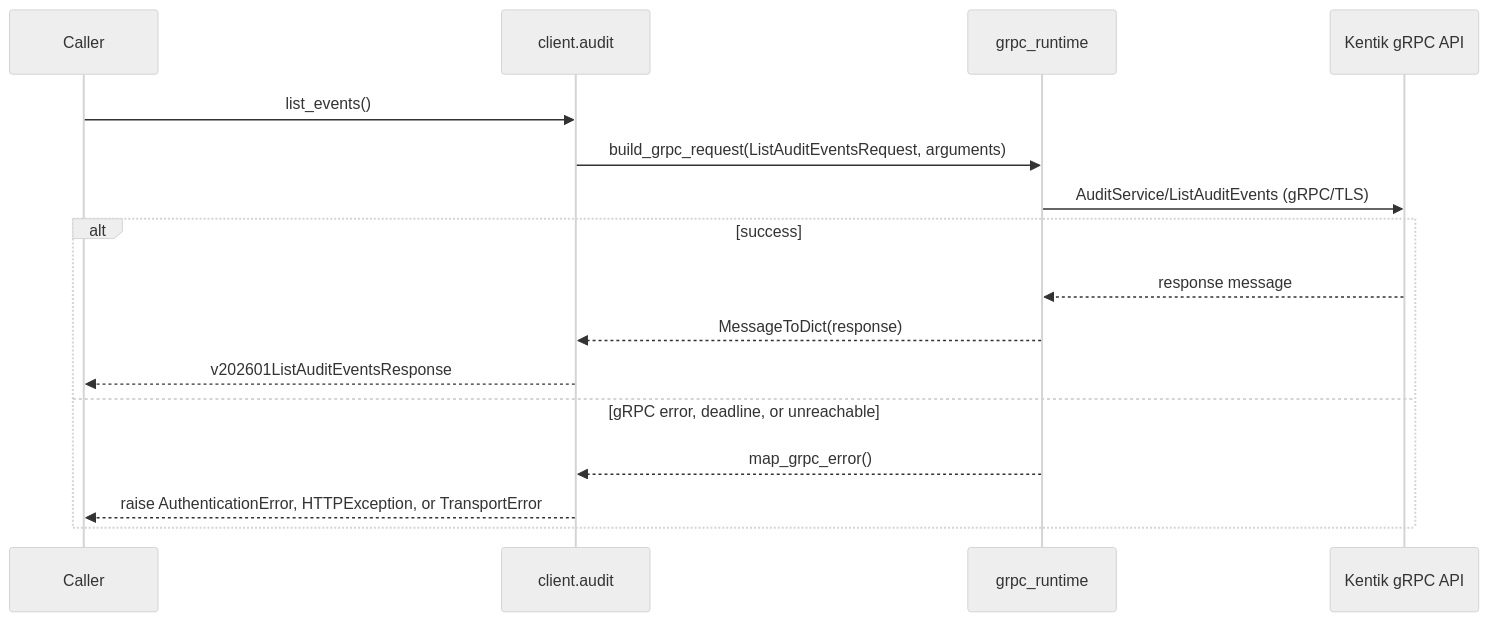
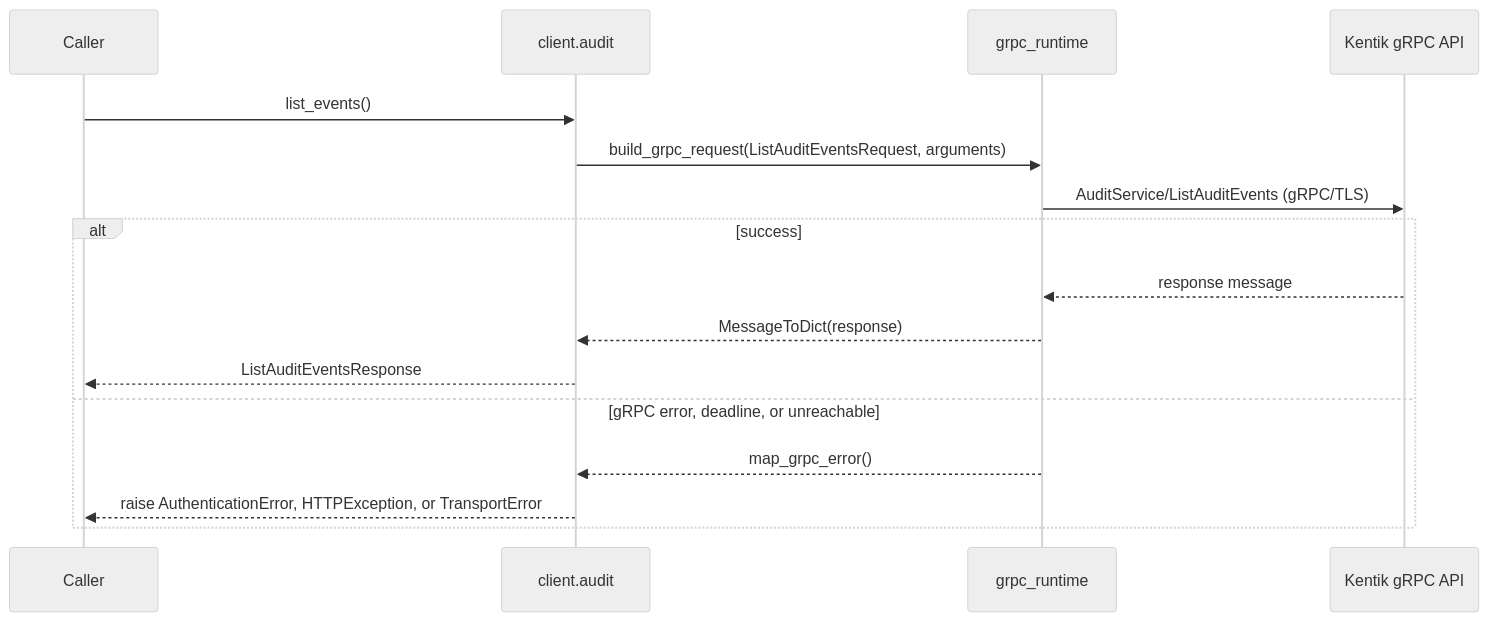
The third of 8 diagrams in docs/sphinx/services/audit.md (alexdearaujo/community_sdk_python), drawn with Mermaid (neutral theme) before and after one commit. The commit also changed other lines of this file and 38 other files, not shown here.

````diff
--- a/docs/sphinx/services/audit.md
+++ b/docs/sphinx/services/audit.md
@@ -59,19 +59,19 @@
 ```mermaid
 sequenceDiagram
     participant C as Caller
     participant W as client.audit
     participant R as grpc_runtime
     participant API as Kentik gRPC API
 
     C->>W: list_events()
     W->>R: build_grpc_request(ListAuditEventsRequest, arguments)
     R->>API: AuditService/ListAuditEvents (gRPC/TLS)
     alt success
         API-->>R: response message
         R-->>W: MessageToDict(response)
-        W-->>C: v202601ListAuditEventsResponse
+        W-->>C: ListAuditEventsResponse
     else gRPC error, deadline, or unreachable
         R-->>W: map_grpc_error()
         W-->>C: raise AuthenticationError, HTTPException, or TransportError
     end
 ```
````
